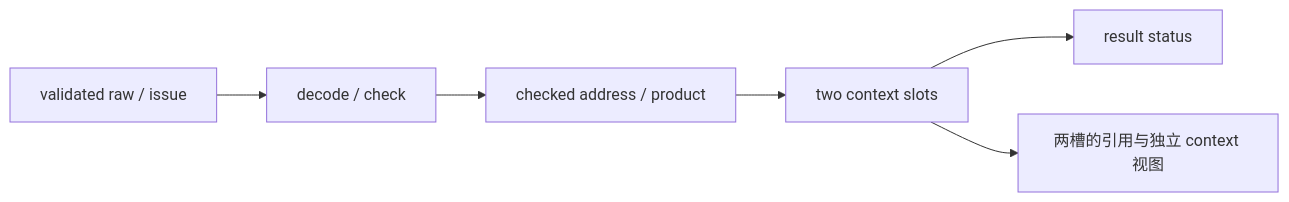
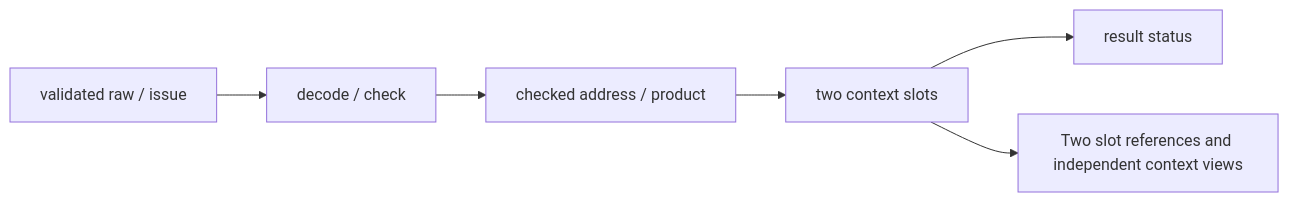
Before and after one commit to yuhin777/Allegro: the diagram in doc/rtl_specs/tma/blackwell_tma_setup.md, drawn with Mermaid. The commit also changed other lines of this file and 45 other files, not shown here.

````diff
--- a/doc/rtl_specs/tma/blackwell_tma_setup.md
+++ b/doc/rtl_specs/tma/blackwell_tma_setup.md
@@ -16,8 +16,8 @@
 ```mermaid
 flowchart LR
   R[validated raw / issue] --> D[decode / check]
   D --> A[checked address / product]
   A --> S[two context slots]
   S --> O[result status]
-  S --> V[两槽的引用与独立 context 视图]
+  S --> V["Two slot references and independent context views"]
 ```
````
